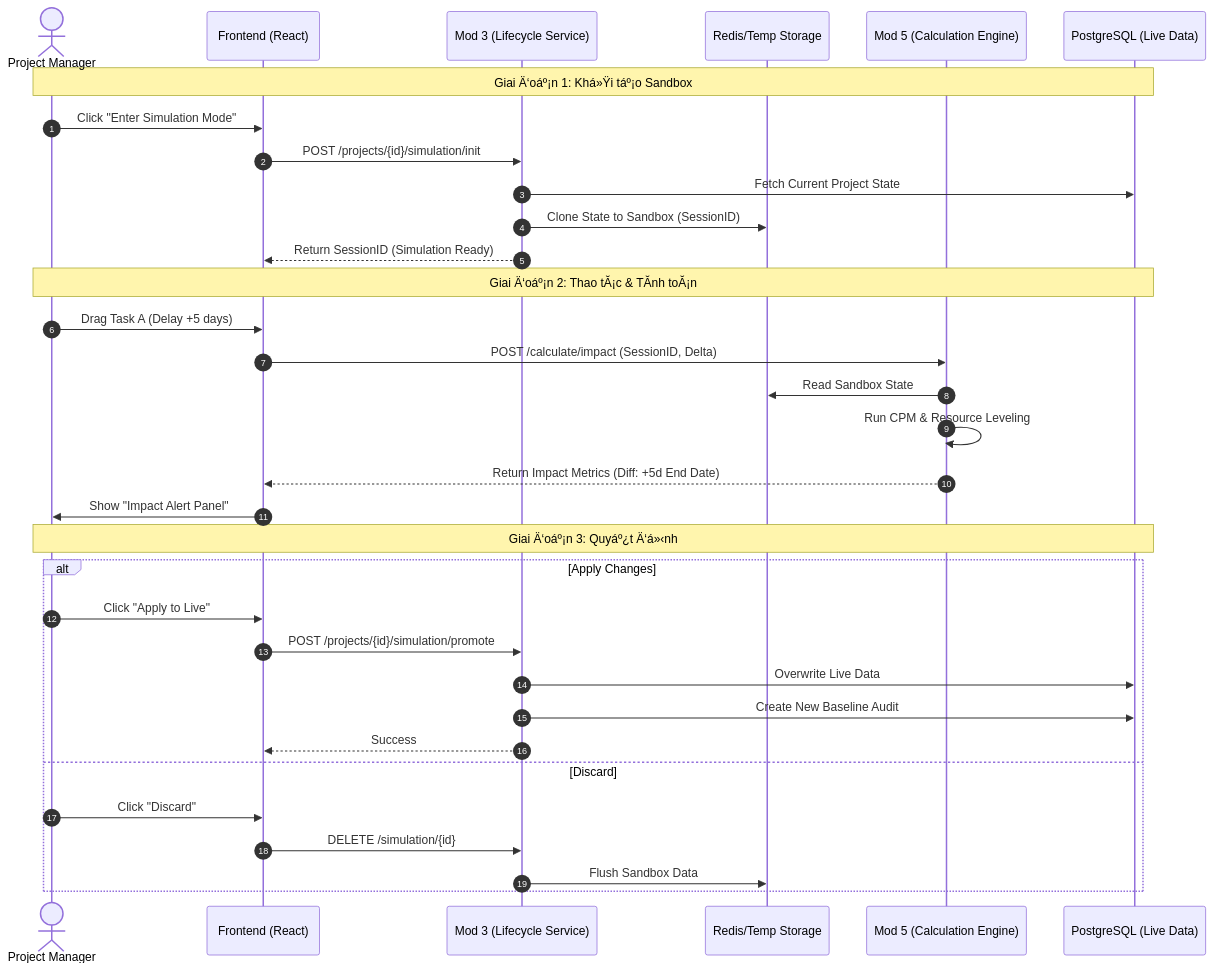
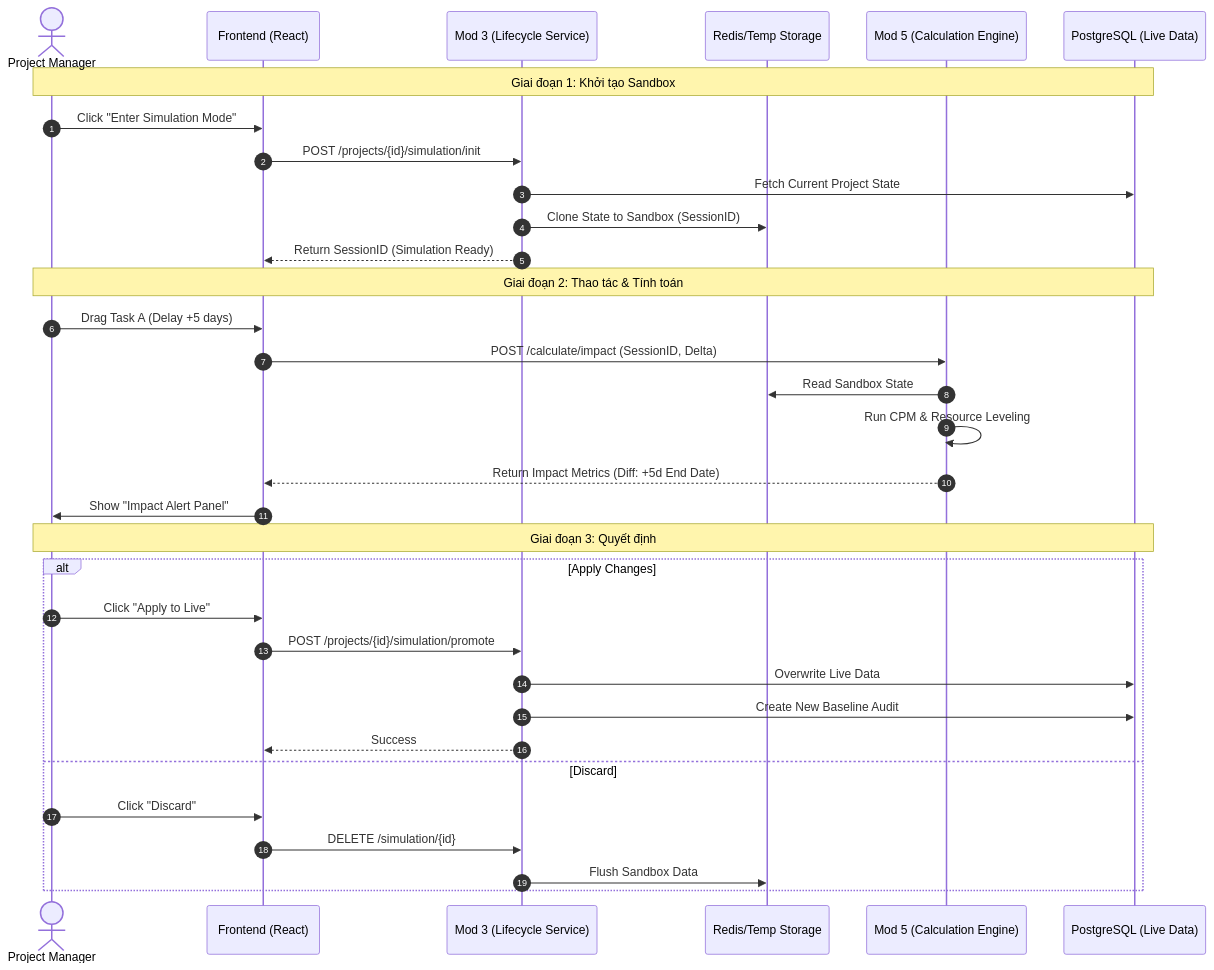
Before and after one commit to nmtrucworking/PronaFlow: the fourth of 5 diagrams in docs/technical-docs/01-Requirements/Functional-Modules/3 - Project Lifecycle Management.md, drawn with Mermaid. The commit also changed other lines of this file and 15 other files, not shown here.

````diff
--- a/docs/technical-docs/01-Requirements/Functional-Modules/3 - Project Lifecycle Management.md
+++ b/docs/technical-docs/01-Requirements/Functional-Modules/3 - Project Lifecycle Management.md
@@ -596,38 +596,38 @@
 ```mermaid
 sequenceDiagram
     autonumber
     actor PM as Project Manager
     participant FE as Frontend (React)
     participant M3 as Mod 3 (Lifecycle Service)
     participant DB as Redis/Temp Storage
     participant M5 as Mod 5 (Calculation Engine)
     participant LiveDB as PostgreSQL (Live Data)
 
-    Note over PM, LiveDB: Giai Ä‘oáº¡n 1: Khá»Ÿi táº¡o Sandbox
+    Note over PM, LiveDB: Giai đoạn 1: Khởi tạo Sandbox
     PM->>FE: Click "Enter Simulation Mode"
     FE->>M3: POST /projects/{id}/simulation/init
     M3->>LiveDB: Fetch Current Project State
     M3->>DB: Clone State to Sandbox (SessionID)
     M3-->>FE: Return SessionID (Simulation Ready)
 
-    Note over PM, LiveDB: Giai Ä‘oáº¡n 2: Thao tĂ¡c & TĂ­nh toĂ¡n
+    Note over PM, LiveDB: Giai đoạn 2: Thao tác & Tính toán
     PM->>FE: Drag Task A (Delay +5 days)
     FE->>M5: POST /calculate/impact (SessionID, Delta)
     M5->>DB: Read Sandbox State
     M5->>M5: Run CPM & Resource Leveling
     M5-->>FE: Return Impact Metrics (Diff: +5d End Date)
     FE->>PM: Show "Impact Alert Panel"
 
-    Note over PM, LiveDB: Giai Ä‘oáº¡n 3: Quyáº¿t Ä‘á»‹nh
+    Note over PM, LiveDB: Giai đoạn 3: Quyết định
     alt Apply Changes
         PM->>FE: Click "Apply to Live"
         FE->>M3: POST /projects/{id}/simulation/promote
         M3->>LiveDB: Overwrite Live Data
         M3->>LiveDB: Create New Baseline Audit
         M3-->>FE: Success
     else Discard
         PM->>FE: Click "Discard"
         FE->>M3: DELETE /simulation/{id}
         M3->>DB: Flush Sandbox Data
     end
 ```
````
